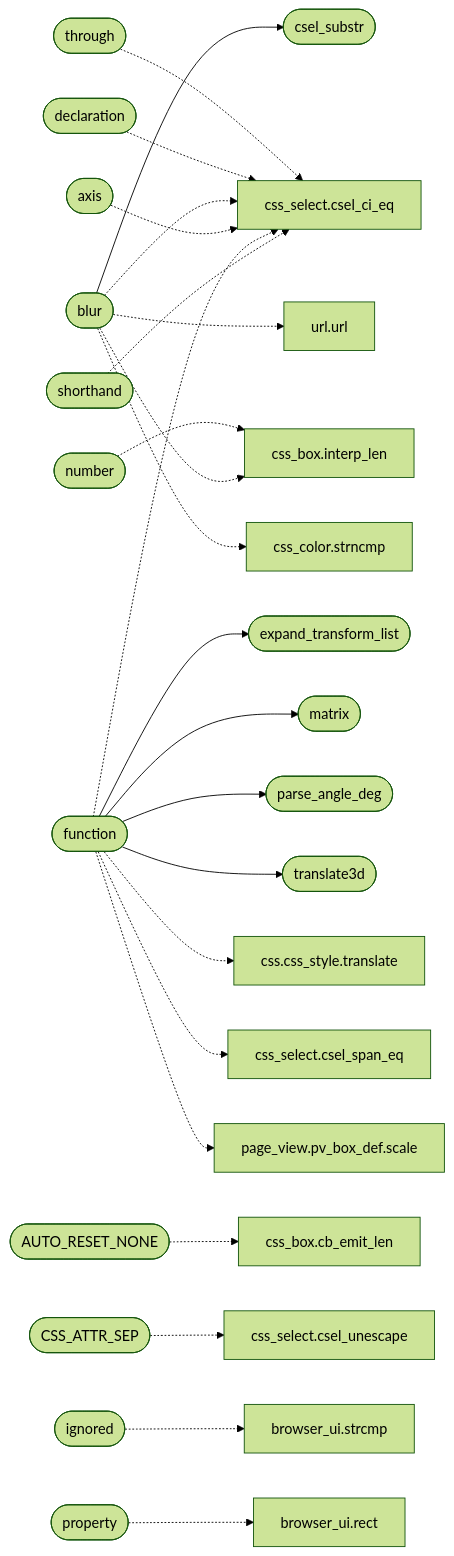
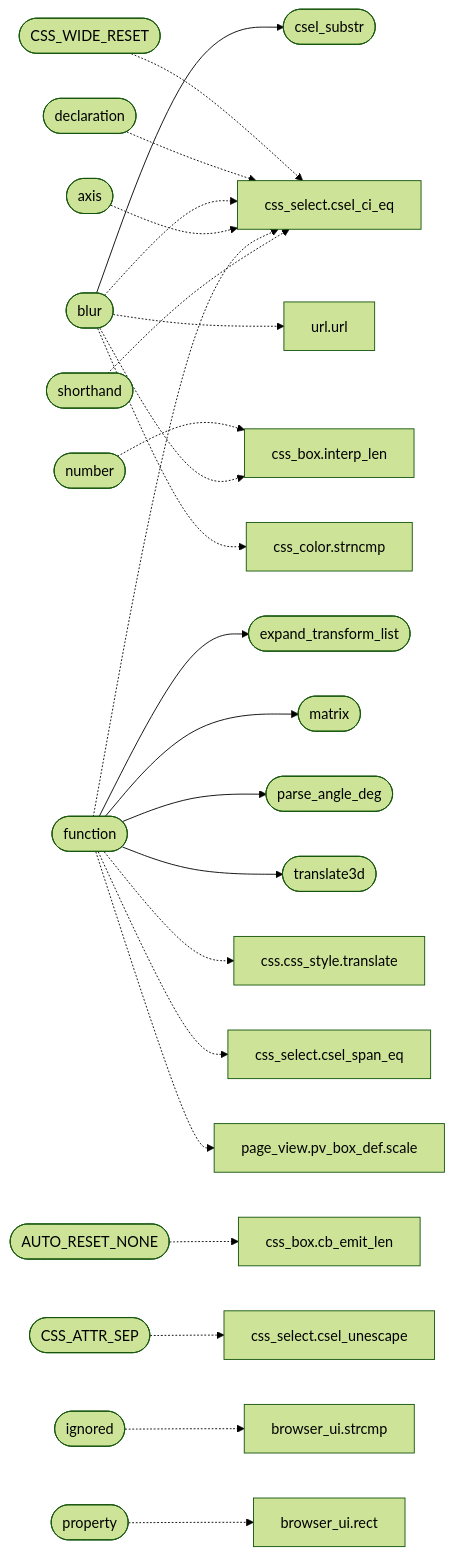
One commit to grisuno/FreeDom changed the second of 2 diagrams in readmenator-apidocs/modules/src.css.c.md. Above: the diagram before and after it, drawn with Mermaid (forest theme). The commit also changed other lines of this file and 323 other files, not shown here.

````diff
--- a/readmenator-apidocs/modules/src.css.c.md
+++ b/readmenator-apidocs/modules/src.css.c.md
@@ -35,52 +39,52 @@
 ```mermaid
 flowchart LR
     n_src_css_c__blur(["blur"])
     n_src_css_c__csel_substr(["csel_substr"])
     n_src_css_c__function(["function"])
     n_src_css_c__expand_transform_list(["expand_transform_list"])
     n_src_css_c__matrix(["matrix"])
     n_src_css_c__parse_angle_deg(["parse_angle_deg"])
     n_src_css_c__translate3d(["translate3d"])
-    n_src_css_c__through(["through"])
+    n_src_css_c__CSS_WIDE_RESET(["CSS_WIDE_RESET"])
     n_include_css_select_h__csel_ci_eq["css_select.csel_ci_eq"]
     n_src_css_c__AUTO_RESET_NONE(["AUTO_RESET_NONE"])
     n_include_css_box_h__cb_emit_len["css_box.cb_emit_len"]
     n_src_css_c__number(["number"])
     n_src_css_box_c__interp_len["css_box.interp_len"]
     n_src_css_c__declaration(["declaration"])
     n_include_url_h__url["url.url"]
     n_src_css_color_c__strncmp["css_color.strncmp"]
     n_src_css_c__axis(["axis"])
     n_src_css_c__CSS_ATTR_SEP(["CSS_ATTR_SEP"])
     n_include_css_select_h__csel_unescape["css_select.csel_unescape"]
     n_include_css_h__css_style_translate["css.css_style.translate"]
     n_include_css_select_h__csel_span_eq["css_select.csel_span_eq"]
     n_include_page_view_h__pv_box_def_scale["page_view.pv_box_def.scale"]
     n_src_css_c__ignored(["ignored"])
     n_gui_browser_ui_c__strcmp["browser_ui.strcmp"]
     n_src_css_c__property(["property"])
     n_gui_browser_ui_c__rect["browser_ui.rect"]
     n_src_css_c__shorthand(["shorthand"])
     n_src_css_c__blur --> n_src_css_c__csel_substr
     n_src_css_c__function --> n_src_css_c__expand_transform_list
     n_src_css_c__function --> n_src_css_c__matrix
     n_src_css_c__function --> n_src_css_c__parse_angle_deg
     n_src_css_c__function --> n_src_css_c__translate3d
-    n_src_css_c__through -.-> n_include_css_select_h__csel_ci_eq
+    n_src_css_c__CSS_WIDE_RESET -.-> n_include_css_select_h__csel_ci_eq
     n_src_css_c__AUTO_RESET_NONE -.-> n_include_css_box_h__cb_emit_len
     n_src_css_c__number -.-> n_src_css_box_c__interp_len
     n_src_css_c__declaration -.-> n_include_css_select_h__csel_ci_eq
     n_src_css_c__blur -.-> n_include_css_select_h__csel_ci_eq
     n_src_css_c__blur -.-> n_include_url_h__url
     n_src_css_c__blur -.-> n_src_css_box_c__interp_len
     n_src_css_c__blur -.-> n_src_css_color_c__strncmp
     n_src_css_c__axis -.-> n_include_css_select_h__csel_ci_eq
     n_src_css_c__CSS_ATTR_SEP -.-> n_include_css_select_h__csel_unescape
     n_src_css_c__function -.-> n_include_css_h__css_style_translate
     n_src_css_c__function -.-> n_include_css_select_h__csel_ci_eq
     n_src_css_c__function -.-> n_include_css_select_h__csel_span_eq
     n_src_css_c__function -.-> n_include_page_view_h__pv_box_def_scale
     n_src_css_c__ignored -.-> n_gui_browser_ui_c__strcmp
     n_src_css_c__property -.-> n_gui_browser_ui_c__rect
     n_src_css_c__shorthand -.-> n_include_css_select_h__csel_ci_eq
 ```
````
